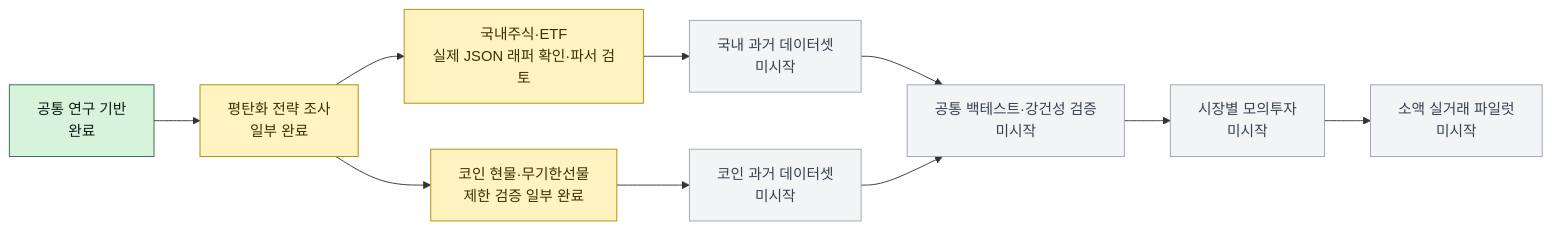
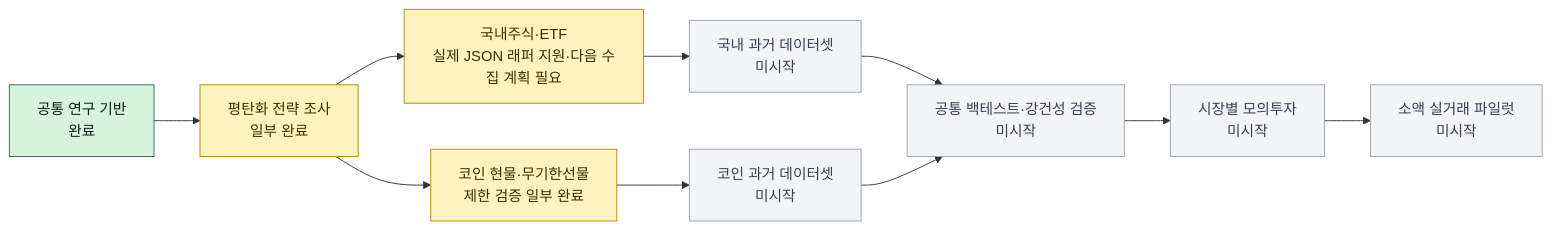
The diagram in README.md (jhg6636/autotrade-lab), drawn with Mermaid before and after one commit. The commit also changed other lines of this file and 5 other files, not shown here.

````diff
--- a/README.md
+++ b/README.md
@@ -18,22 +18,22 @@
 ```mermaid
 flowchart LR
     A["공통 연구 기반<br/>완료"] --> B["평탄화 전략 조사<br/>일부 완료"]
-    B --> K["국내주식·ETF<br/>실제 JSON 래퍼 확인·파서 검토"]
+    B --> K["국내주식·ETF<br/>실제 JSON 래퍼 지원·다음 수집 계획 필요"]
     B --> C["코인 현물·무기한선물<br/>제한 검증 일부 완료"]
     K --> KD["국내 과거 데이터셋<br/>미시작"]
     C --> CD["코인 과거 데이터셋<br/>미시작"]
     KD --> V["공통 백테스트·강건성 검증<br/>미시작"]
     CD --> V
     V --> P["시장별 모의투자<br/>미시작"]
     P --> L["소액 실거래 파일럿<br/>미시작"]
 
     classDef done fill:#d8f3dc,stroke:#2d6a4f,color:#081c15;
     classDef partial fill:#fff3bf,stroke:#b08900,color:#3d2f00;
     classDef current fill:#dbeafe,stroke:#2563eb,color:#172554,stroke-width:3px;
     classDef future fill:#f3f4f6,stroke:#9ca3af,color:#374151;
     class A done;
     class B partial;
     class C partial;
     class K partial;
     class KD,CD,V,P,L future;
 ```
````
